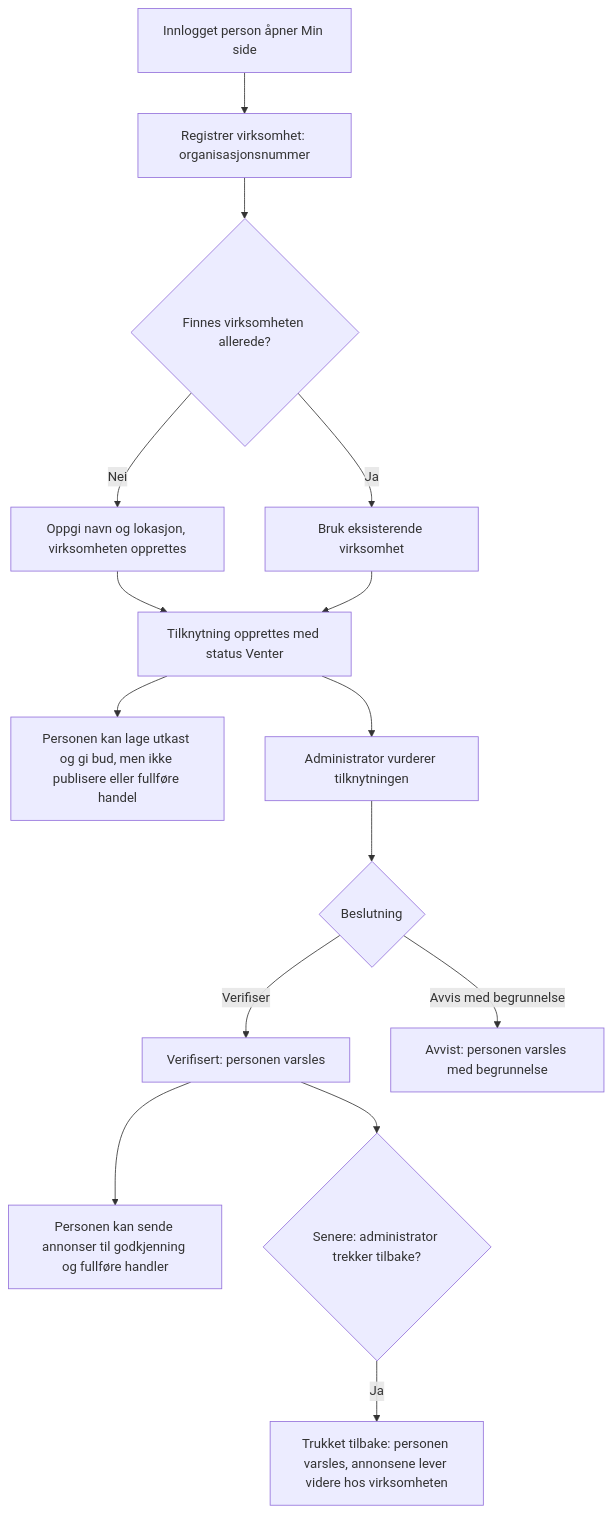
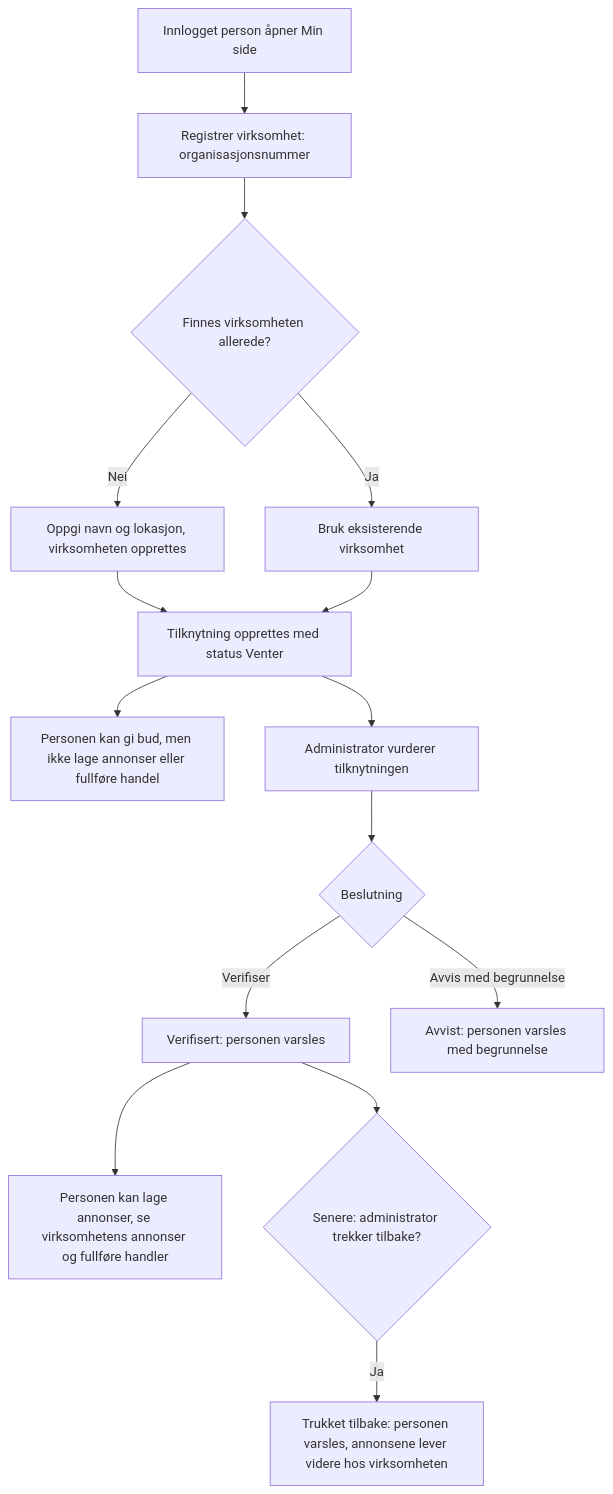
One commit to vardaasen/prosjekt changed the diagram in docs/userflows/diagrams/11-affiliation.mmd. Above: the diagram before and after it, drawn with Mermaid. The commit also changed 35 other files, not shown here.

First line of the commit message:
feat: annonse fra utkast til publisert, eid av virksomheten (#19, #22) (#52)

```diff
--- a/docs/userflows/diagrams/11-affiliation.mmd
+++ b/docs/userflows/diagrams/11-affiliation.mmd
@@ -1,15 +1,15 @@
 flowchart TD
     A[Innlogget person åpner Min side] --> B[Registrer virksomhet: organisasjonsnummer]
     B --> C{Finnes virksomheten allerede?}
     C -- Nei --> D[Oppgi navn og lokasjon, virksomheten opprettes]
     C -- Ja --> E[Bruk eksisterende virksomhet]
     D --> F[Tilknytning opprettes med status Venter]
     E --> F
-    F --> G[Personen kan lage utkast og gi bud, men ikke publisere eller fullføre handel]
+    F --> G[Personen kan gi bud, men ikke lage annonser eller fullføre handel]
     F --> H[Administrator vurderer tilknytningen]
     H --> I{Beslutning}
     I -- Verifiser --> J[Verifisert: personen varsles]
     I -- Avvis med begrunnelse --> K[Avvist: personen varsles med begrunnelse]
-    J --> L[Personen kan sende annonser til godkjenning og fullføre handler]
+    J --> L[Personen kan lage annonser, se virksomhetens annonser og fullføre handler]
     J --> M{Senere: administrator trekker tilbake?}
     M -- Ja --> N[Trukket tilbake: personen varsles, annonsene lever videre hos virksomheten]
```
